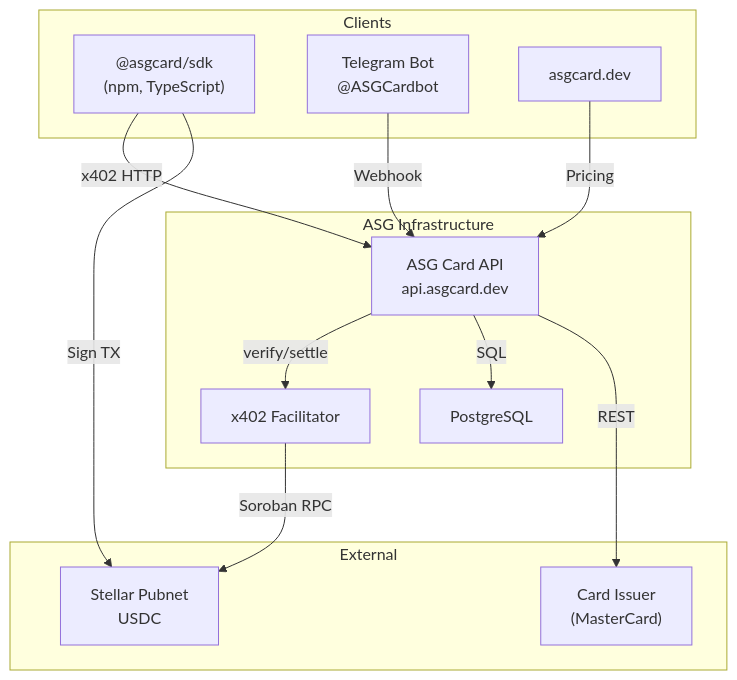
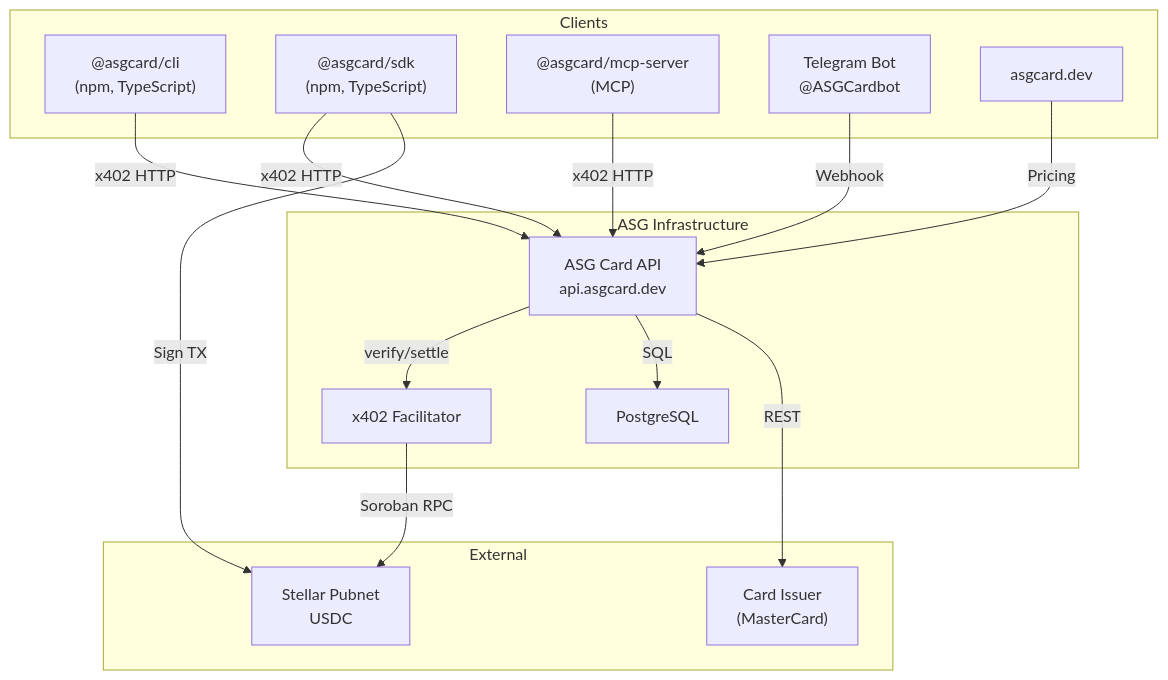
The diagram in README.md (ASGCompute/asgcard-public), drawn with Mermaid before and after one commit. The commit also changed other lines of this file and 2 other files, not shown here.

````diff
--- a/README.md
+++ b/README.md
@@ -7,28 +91,32 @@
 ```mermaid
 graph TB
     subgraph Clients
+        CLI["@asgcard/cli<br>(npm, TypeScript)"]
         SDK["@asgcard/sdk<br>(npm, TypeScript)"]
+        MCP["@asgcard/mcp-server<br>(MCP)"]
         TG["Telegram Bot<br>@ASGCardbot"]
         WEB["asgcard.dev"]
     end
 
     subgraph ASG Infrastructure
         API["ASG Card API<br>api.asgcard.dev"]
         FAC["x402 Facilitator"]
         DB["PostgreSQL"]
     end
 
     subgraph External
         ISSUER["Card Issuer<br>(MasterCard)"]
         STELLAR["Stellar Pubnet<br>USDC"]
     end
 
+    CLI -->|"x402 HTTP"| API
     SDK -->|"x402 HTTP"| API
+    MCP -->|"x402 HTTP"| API
     TG -->|"Webhook"| API
     WEB -->|"Pricing"| API
     API -->|"verify/settle"| FAC
     API -->|"SQL"| DB
     API -->|"REST"| ISSUER
     FAC -->|"Soroban RPC"| STELLAR
     SDK -->|"Sign TX"| STELLAR
 ```
````
